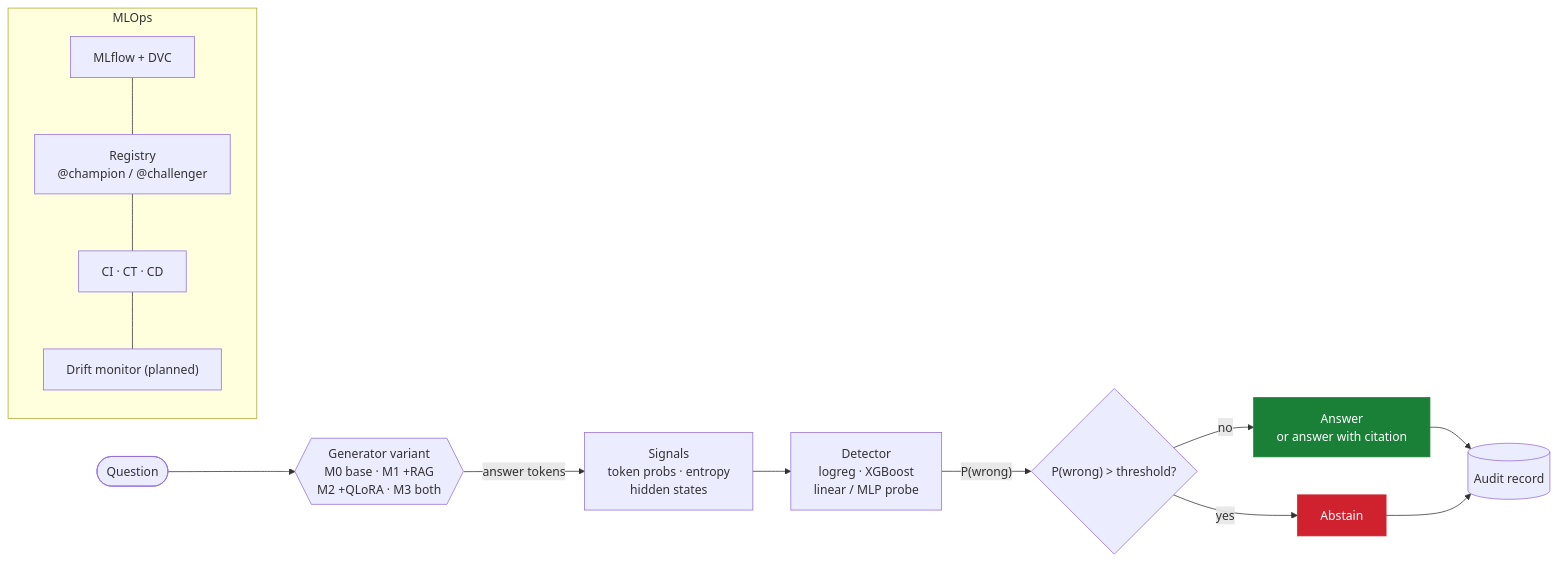
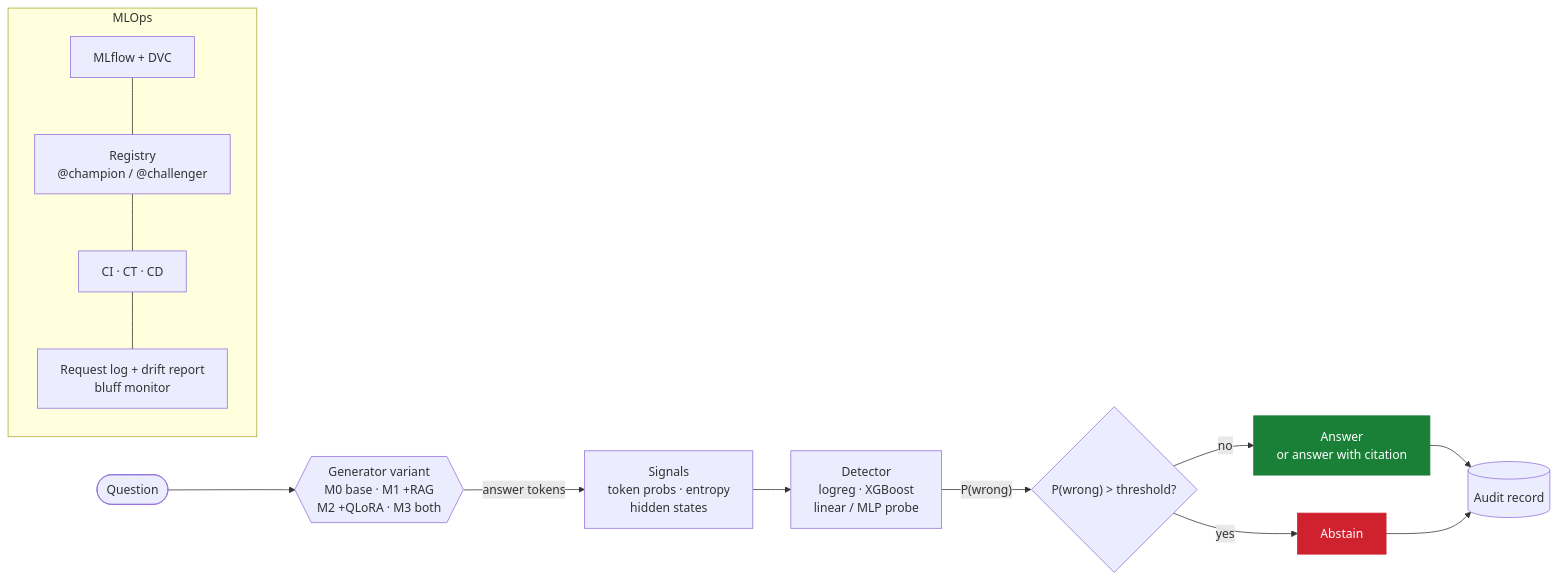
Before and after one commit to trevorblue/bluff-detector: the diagram in README.md, drawn with Mermaid. The commit also changed other lines of this file, not shown here.

Commit message:
README: real results with charts, how to see and reproduce them, the demo, updated system table, roadmap, limitations and acknowledgements

````diff
--- a/README.md
+++ b/README.md
@@ -83,18 +123,18 @@
 ```mermaid
 flowchart LR
     Q([Question]) --> G{{"Generator variant<br/>M0 base · M1 +RAG<br/>M2 +QLoRA · M3 both"}}
     G -->|answer tokens| S["Signals<br/>token probs · entropy<br/>hidden states"]
     S --> D["Detector<br/>logreg · XGBoost<br/>linear / MLP probe"]
     D -->|"P(wrong)"| Gate{"P(wrong) > threshold?"}
     Gate -->|no| A["Answer<br/>or answer with citation"]
     Gate -->|yes| X["Abstain"]
     A --> R[(Audit record)]
     X --> R
     subgraph MLOps
-      T[MLflow + DVC] --- Reg["Registry<br/>@champion / @challenger"] --- CI[CI · CT · CD] --- M["Drift monitor (planned)"]
+      T[MLflow + DVC] --- Reg["Registry<br/>@champion / @challenger"] --- CI[CI · CT · CD] --- M["Request log + drift report<br/>bluff monitor"]
     end
     classDef ok fill:#1a7f37,stroke:#1a7f37,color:#ffffff
     classDef stop fill:#cf222e,stroke:#cf222e,color:#ffffff
     class A ok
     class X stop
 ```
````
